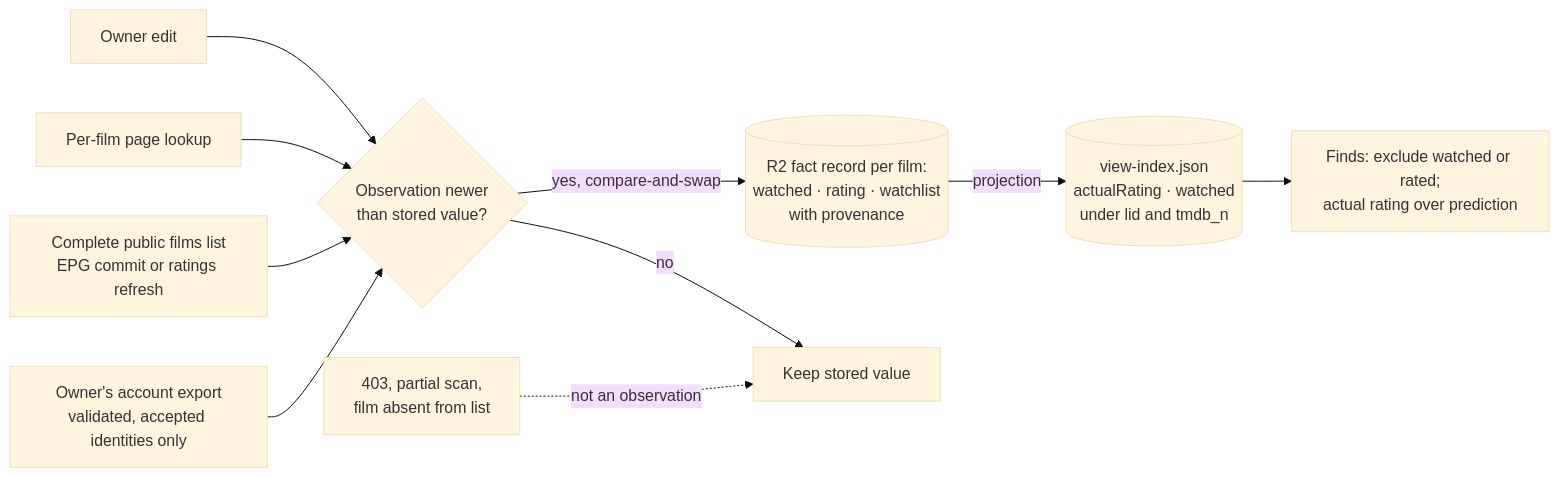
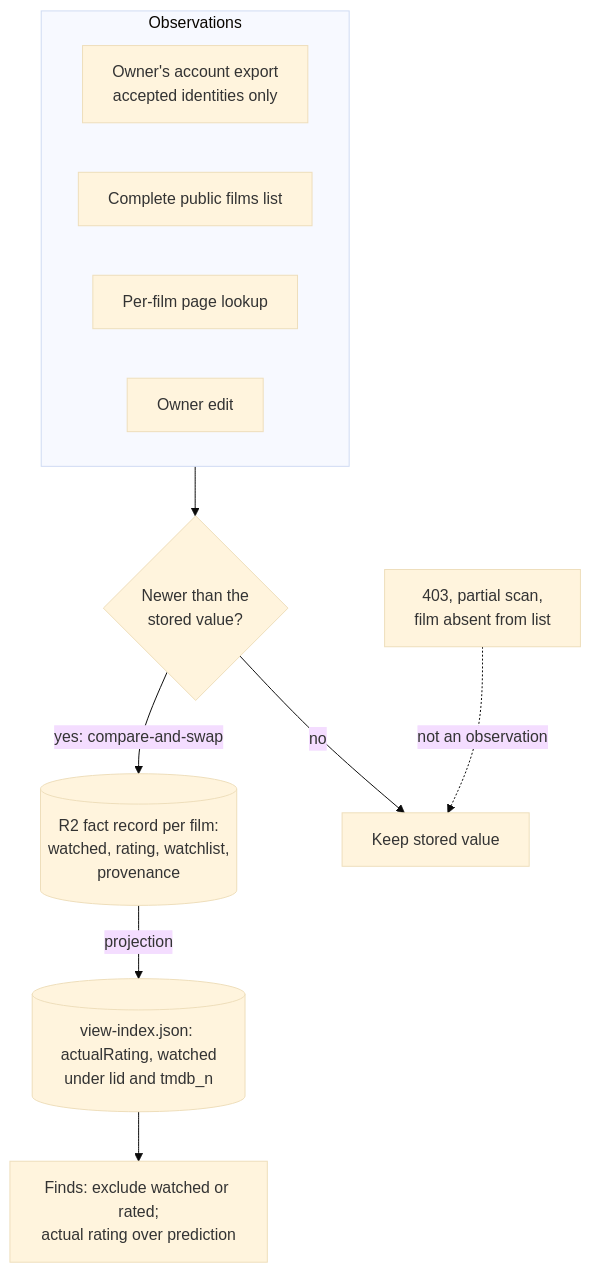
One commit to vladimino/iptv-watchlist changed the second of 2 diagrams in docs/architecture/letterboxd-ingestion.md. Above: the diagram before and after it, drawn with Mermaid (base theme).

Commit message:
AIR-170: lay the proposed facts diagram out top-down for legibility

````diff
--- a/docs/architecture/letterboxd-ingestion.md
+++ b/docs/architecture/letterboxd-ingestion.md
@@ -47,22 +47,21 @@
 ```mermaid
-flowchart LR
-    export["Owner's account export<br/>validated, accepted identities only"]
-    films["Complete public films list<br/>EPG commit or ratings refresh"]
-    page["Per-film page lookup"]
-    owner["Owner edit"]
+flowchart TD
+    subgraph sources["Observations"]
+        export["Owner's account export<br/>accepted identities only"]
+        films["Complete public films list"]
+        page["Per-film page lookup"]
+        owner["Owner edit"]
+    end
     gaps["403, partial scan,<br/>film absent from list"]
-    merge{"Observation newer<br/>than stored value?"}
-    facts[("R2 fact record per film:<br/>watched · rating · watchlist<br/>with provenance")]
+    merge{"Newer than the<br/>stored value?"}
+    facts[("R2 fact record per film:<br/>watched, rating, watchlist,<br/>provenance")]
     keep["Keep stored value"]
-    index[("view-index.json<br/>actualRating · watched<br/>under lid and tmdb_n")]
+    index[("view-index.json: actualRating, watched<br/>under lid and tmdb_n")]
     finds["Finds: exclude watched or rated;<br/>actual rating over prediction"]
-    export --> merge
-    films --> merge
-    page --> merge
-    owner --> merge
+    sources --> merge
+    merge -->|yes: compare-and-swap| facts
+    merge -->|no| keep
     gaps -.->|not an observation| keep
-    merge -->|yes, compare-and-swap| facts
-    merge -->|no| keep
     facts -->|projection| index
     index --> finds
 ```
````
